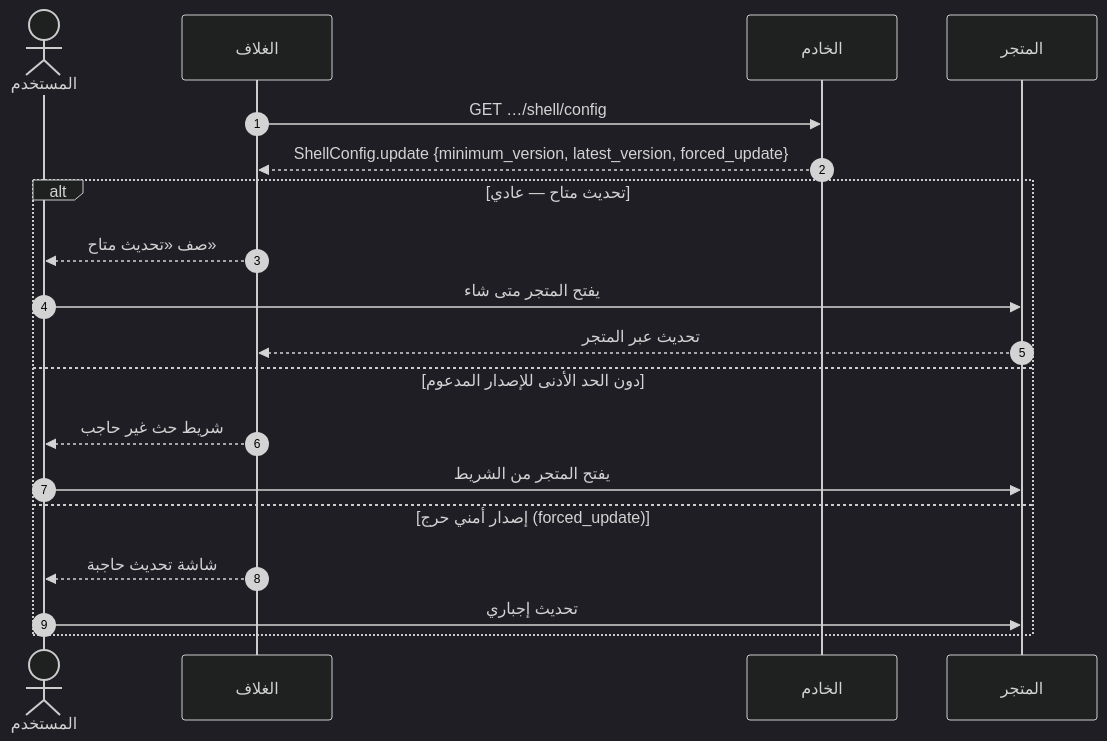
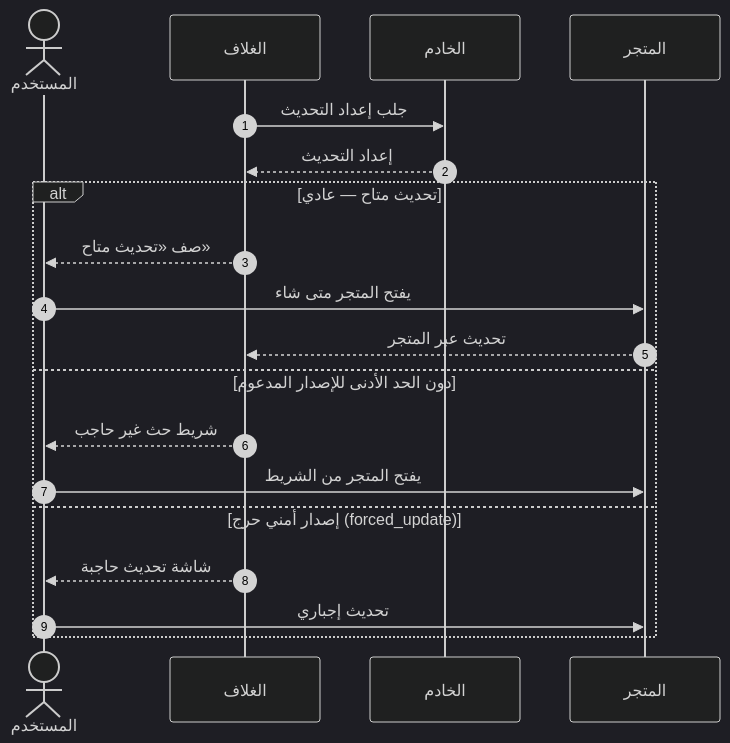
The tenth of 26 diagrams in docs/family-os/governance/phases/phase-1/S1-01-app-shell-and-platform/DIAGRAMS.md (Bassam-mohammed-alqaeadi/family-os-v2), drawn with Mermaid (dark theme) before and after one commit. The commit also changed other lines of this file, not shown here.

````diff
--- a/docs/family-os/governance/phases/phase-1/S1-01-app-shell-and-platform/DIAGRAMS.md
+++ b/docs/family-os/governance/phases/phase-1/S1-01-app-shell-and-platform/DIAGRAMS.md
@@ -402,21 +418,22 @@
 ```mermaid
+%%{init: {"sequence": {"wrap": true}}}%%
 sequenceDiagram
     autonumber
     actor User as المستخدم
     participant Shell as الغلاف
     participant Ktor as الخادم
-    participant Store as المتجر
-    Shell->>Ktor: GET …/shell/config
-    Ktor-->>Shell: ShellConfig.update {minimum_version, latest_version, forced_update}
+    participant AppStore as المتجر
+    Shell->>Ktor: جلب إعداد التحديث
+    Ktor-->>Shell: إعداد التحديث
     alt تحديث متاح — عادي
         Shell-->>User: صف «تحديث متاح»
-        User->>Store: يفتح المتجر متى شاء
-        Store-->>Shell: تحديث عبر المتجر
+        User->>AppStore: يفتح المتجر متى شاء
+        AppStore-->>Shell: تحديث عبر المتجر
     else دون الحد الأدنى للإصدار المدعوم
         Shell-->>User: شريط حث غير حاجب
-        User->>Store: يفتح المتجر من الشريط
+        User->>AppStore: يفتح المتجر من الشريط
     else إصدار أمني حرج (forced_update)
         Shell-->>User: شاشة تحديث حاجبة
-        User->>Store: تحديث إجباري
+        User->>AppStore: تحديث إجباري
     end
 ```
````
